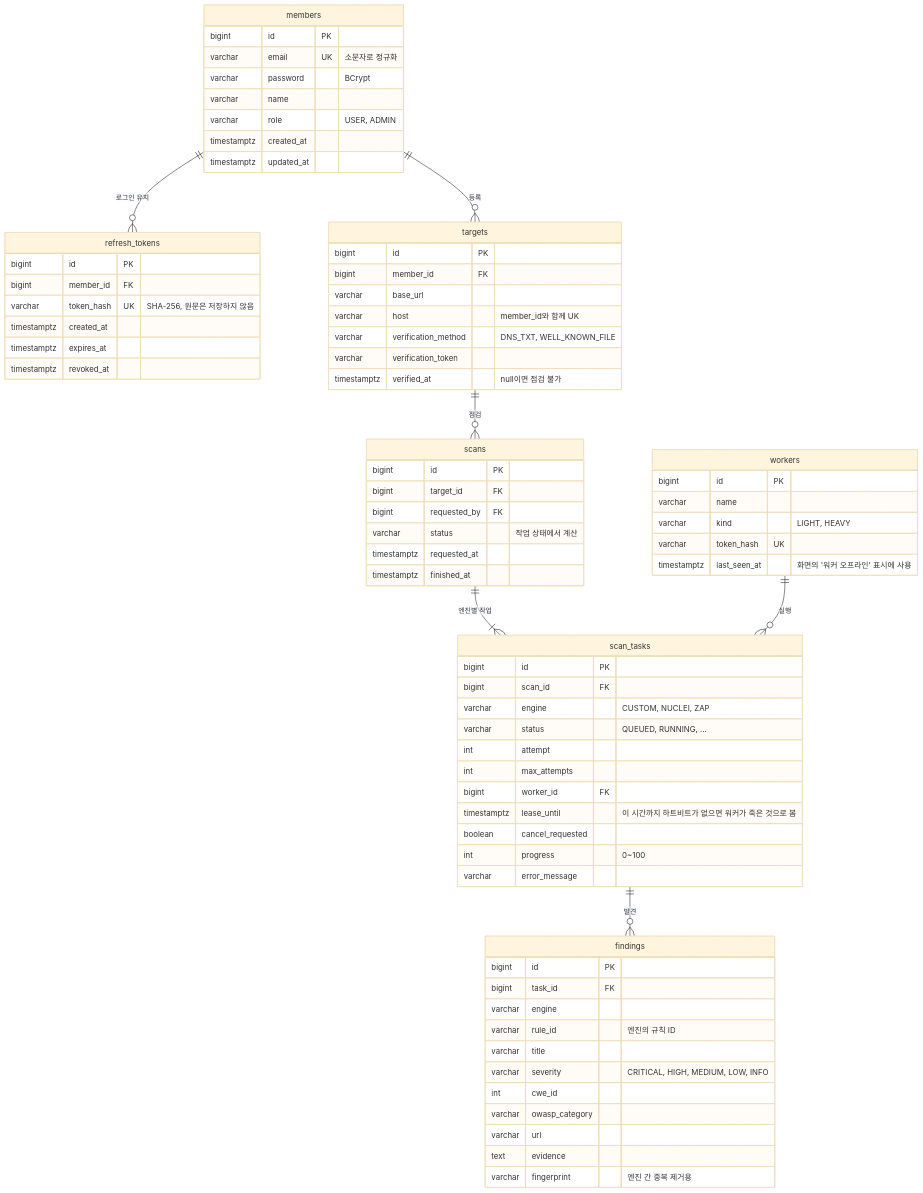
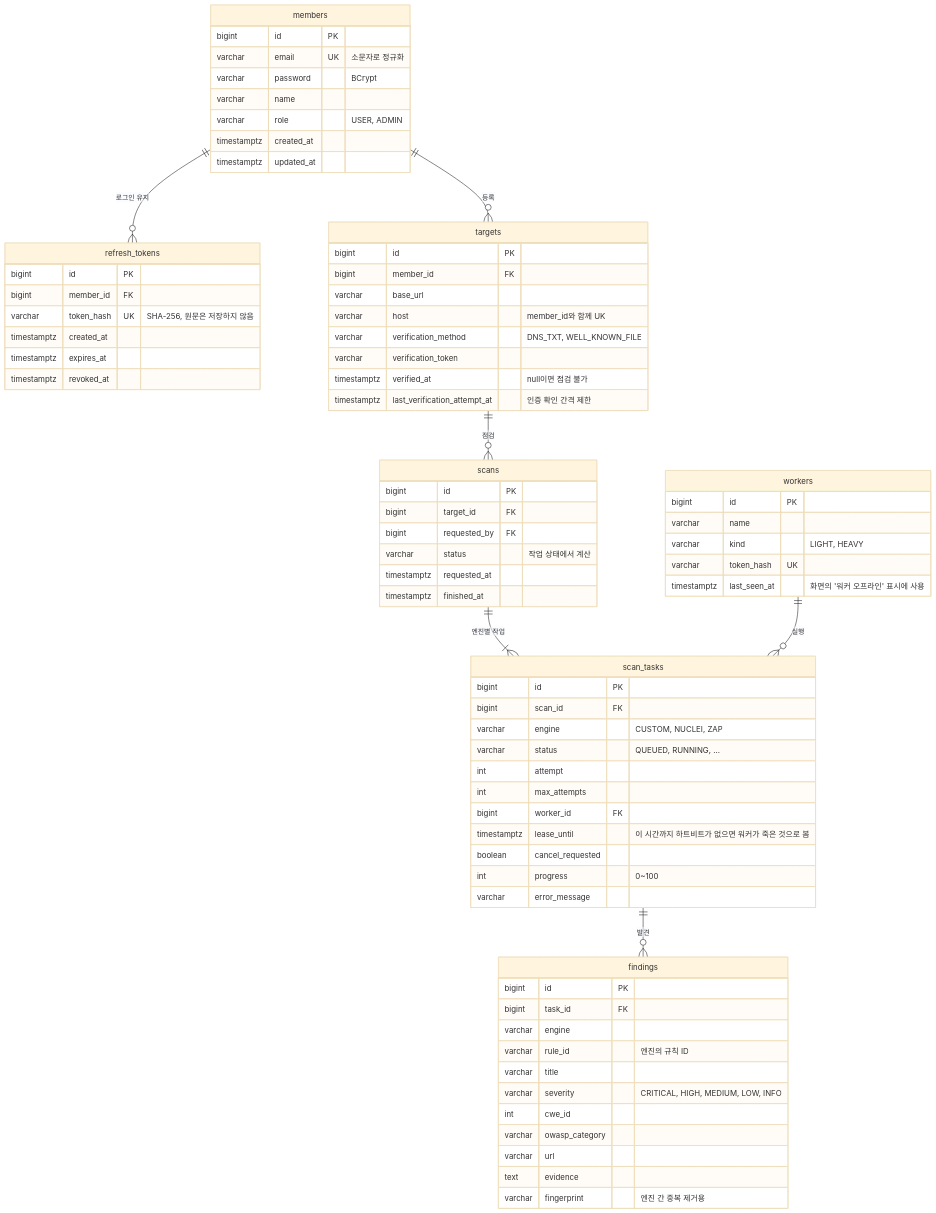
One commit to khj0317/ScanMesh changed the second of 3 diagrams in docs/design.md. Above: the diagram before and after it, drawn with Mermaid (base theme). The commit also changed other lines of this file and 32 other files, not shown here.

````diff
--- a/docs/design.md
+++ b/docs/design.md
@@ -33,77 +33,78 @@
 ```mermaid
 erDiagram
     members ||--o{ refresh_tokens : "로그인 유지"
     members ||--o{ targets : "등록"
     targets ||--o{ scans : "점검"
     scans ||--|{ scan_tasks : "엔진별 작업"
     scan_tasks ||--o{ findings : "발견"
     workers ||--o{ scan_tasks : "실행"
 
     members {
         bigint id PK
         varchar email UK "소문자로 정규화"
         varchar password "BCrypt"
         varchar name
         varchar role "USER, ADMIN"
         timestamptz created_at
         timestamptz updated_at
     }
     refresh_tokens {
         bigint id PK
         bigint member_id FK
         varchar token_hash UK "SHA-256, 원문은 저장하지 않음"
         timestamptz created_at
         timestamptz expires_at
         timestamptz revoked_at
     }
     targets {
         bigint id PK
         bigint member_id FK
         varchar base_url
         varchar host "member_id와 함께 UK"
         varchar verification_method "DNS_TXT, WELL_KNOWN_FILE"
         varchar verification_token
         timestamptz verified_at "null이면 점검 불가"
+        timestamptz last_verification_attempt_at "인증 확인 간격 제한"
     }
     scans {
         bigint id PK
         bigint target_id FK
         bigint requested_by FK
         varchar status "작업 상태에서 계산"
         timestamptz requested_at
         timestamptz finished_at
     }
     scan_tasks {
         bigint id PK
         bigint scan_id FK
         varchar engine "CUSTOM, NUCLEI, ZAP"
         varchar status "QUEUED, RUNNING, ..."
         int attempt
         int max_attempts
         bigint worker_id FK
         timestamptz lease_until "이 시간까지 하트비트가 없으면 워커가 죽은 것으로 봄"
         boolean cancel_requested
         int progress "0~100"
         varchar error_message
     }
     findings {
         bigint id PK
         bigint task_id FK
         varchar engine
         varchar rule_id "엔진의 규칙 ID"
         varchar title
         varchar severity "CRITICAL, HIGH, MEDIUM, LOW, INFO"
         int cwe_id
         varchar owasp_category
         varchar url
         text evidence
         varchar fingerprint "엔진 간 중복 제거용"
     }
     workers {
         bigint id PK
         varchar name
         varchar kind "LIGHT, HEAVY"
         varchar token_hash UK
         timestamptz last_seen_at "화면의 '워커 오프라인' 표시에 사용"
     }
 ```
````
